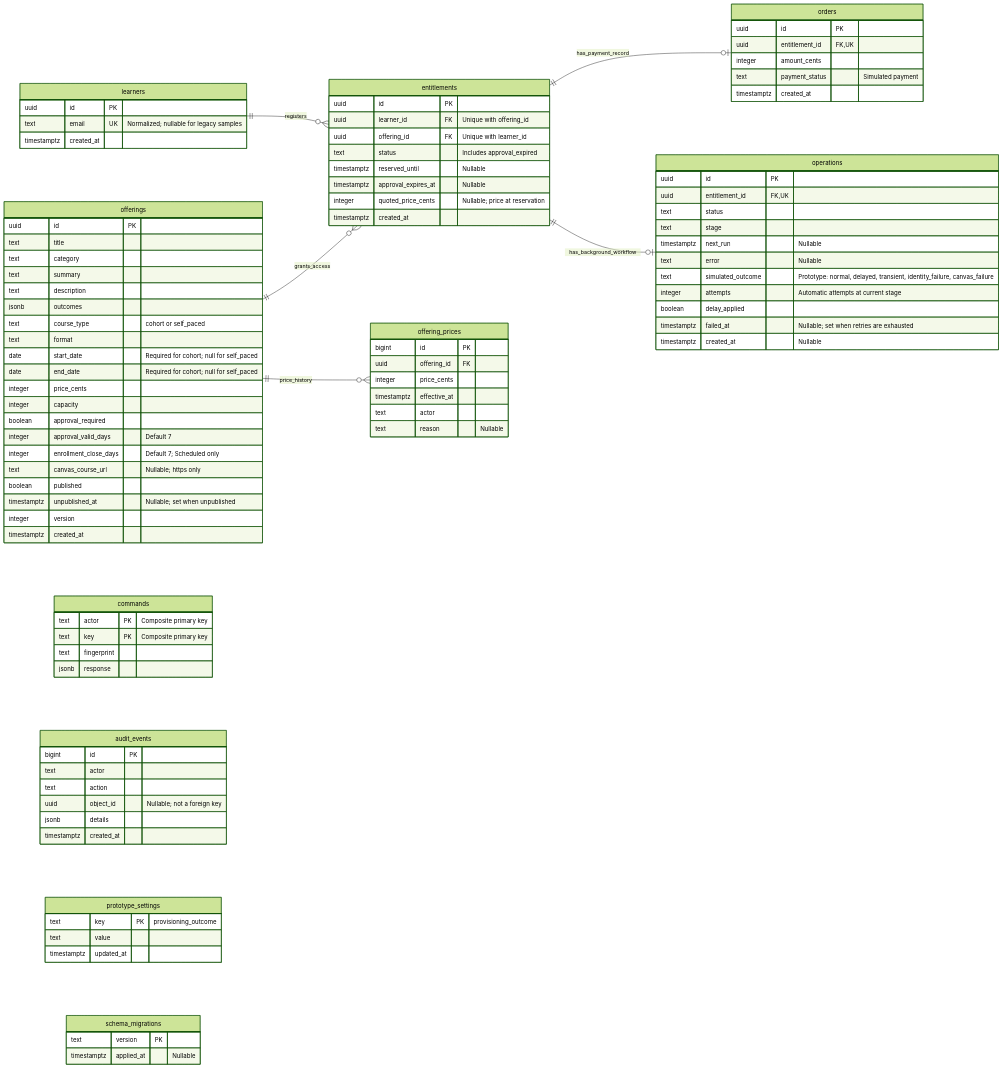
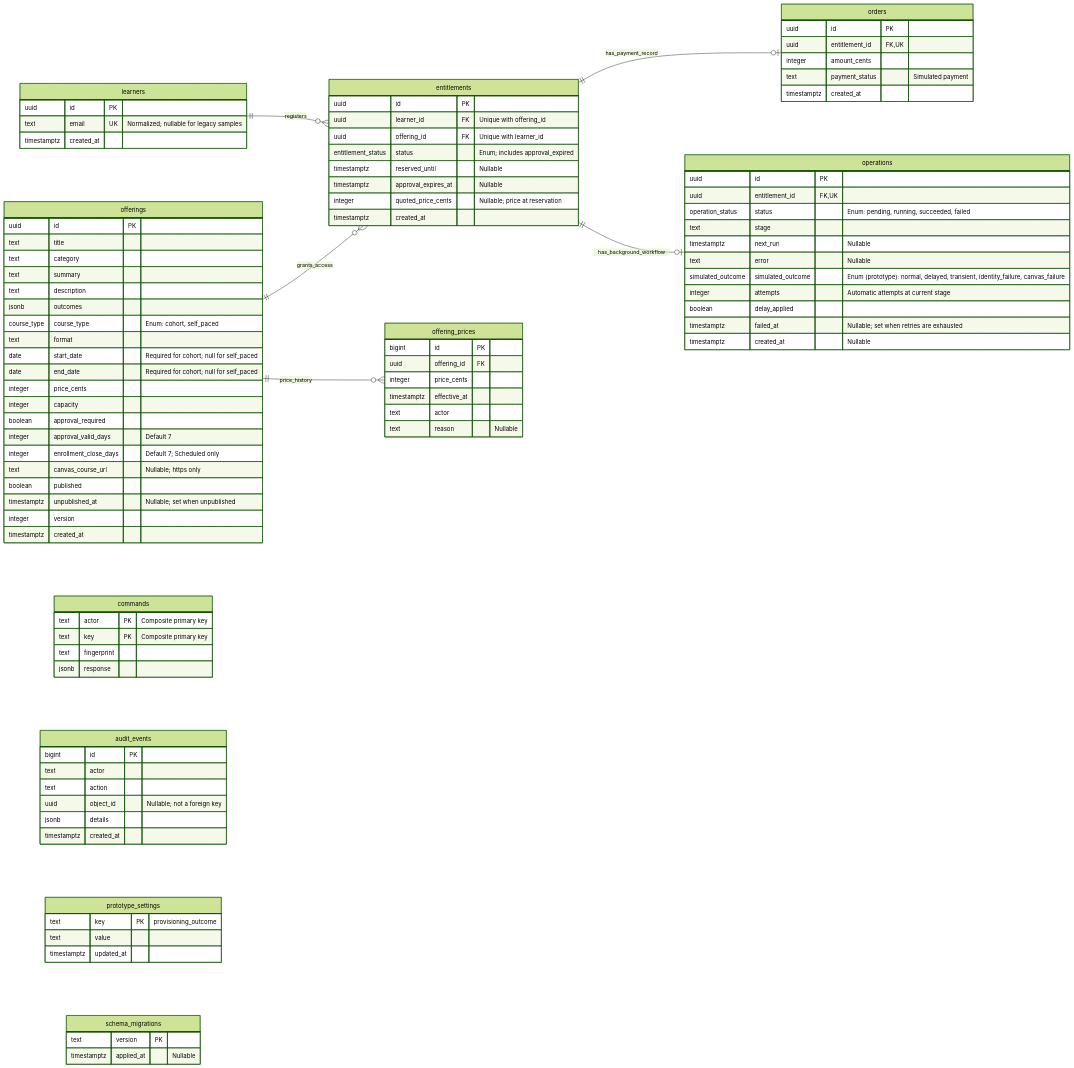
One commit to dr-grizz/Continuing-Education changed the diagram in docs/prototype/database-erd.mmd. Above: the diagram before and after it, drawn with Mermaid (forest theme). The commit also changed 23 other files, not shown here.

First line of the commit message:
Adopt Prisma ORM with a data-preserving migration baseline (#2) (#3)

```diff
--- a/docs/prototype/database-erd.mmd
+++ b/docs/prototype/database-erd.mmd
@@ -1,102 +1,105 @@
 %% Actual local PostgreSQL schema, including migration 007, verified on October 6, 2026.
+%% Since issue #2 the schema is defined in prisma/schema.prisma and migrated by Prisma Migrate
+%% (baseline 0_baseline = legacy 001-007; 1_status_enums converts four columns to enums). _prisma_migrations (Prisma history) is not drawn;
+%% schema_migrations is kept as read-only legacy history.
 %% offering_prices is append-only (update trigger); rows cascade only when their offering is deleted.
 %% Only enforced foreign-key relationships are drawn.
 %% audit_events.object_id is a polymorphic reference, not an FK.
 %% Entitlements have a composite UNIQUE(learner_id, offering_id).
 %% commands has a composite PRIMARY KEY(actor, key).
 erDiagram
     direction LR
     learners ||--o{ entitlements : registers
     offerings ||--o{ entitlements : grants_access
     entitlements ||--o| orders : has_payment_record
     entitlements ||--o| operations : has_background_workflow
     offerings ||--o{ offering_prices : price_history
 
     learners {
         uuid id PK
         text email UK "Normalized; nullable for legacy samples"
         timestamptz created_at
     }
     offerings {
         uuid id PK
         text title
         text category
         text summary
         text description
         jsonb outcomes
-        text course_type "cohort or self_paced"
+        course_type course_type "Enum: cohort, self_paced"
         text format
         date start_date "Required for cohort; null for self_paced"
         date end_date "Required for cohort; null for self_paced"
         integer price_cents
         integer capacity
         boolean approval_required
         integer approval_valid_days "Default 7"
         integer enrollment_close_days "Default 7; Scheduled only"
         text canvas_course_url "Nullable; https only"
         boolean published
         timestamptz unpublished_at "Nullable; set when unpublished"
         integer version
         timestamptz created_at
     }
     entitlements {
         uuid id PK
         uuid learner_id FK "Unique with offering_id"
         uuid offering_id FK "Unique with learner_id"
-        text status "Includes approval_expired"
+        entitlement_status status "Enum; includes approval_expired"
         timestamptz reserved_until "Nullable"
         timestamptz approval_expires_at "Nullable"
         integer quoted_price_cents "Nullable; price at reservation"
         timestamptz created_at
     }
     orders {
         uuid id PK
         uuid entitlement_id FK, UK
         integer amount_cents
         text payment_status "Simulated payment"
         timestamptz created_at
     }
     operations {
         uuid id PK
         uuid entitlement_id FK, UK
-        text status
+        operation_status status "Enum: pending, running, succeeded, failed"
         text stage
         timestamptz next_run "Nullable"
         text error "Nullable"
-        text simulated_outcome "Prototype: normal, delayed, transient, identity_failure, canvas_failure"
+        simulated_outcome simulated_outcome "Enum (prototype): normal, delayed, transient, identity_failure, canvas_failure"
         integer attempts "Automatic attempts at current stage"
         boolean delay_applied
         timestamptz failed_at "Nullable; set when retries are exhausted"
         timestamptz created_at "Nullable"
     }
     commands {
         text actor PK "Composite primary key"
         text key PK "Composite primary key"
         text fingerprint
         jsonb response
     }
     audit_events {
         bigint id PK
         text actor
         text action
         uuid object_id "Nullable; not a foreign key"
         jsonb details
         timestamptz created_at
     }
     offering_prices {
         bigint id PK
         uuid offering_id FK
         integer price_cents
         timestamptz effective_at
         text actor
         text reason "Nullable"
     }
     prototype_settings {
         text key PK "provisioning_outcome"
         text value
         timestamptz updated_at
     }
     schema_migrations {
         text version PK
         timestamptz applied_at "Nullable"
     }
```
